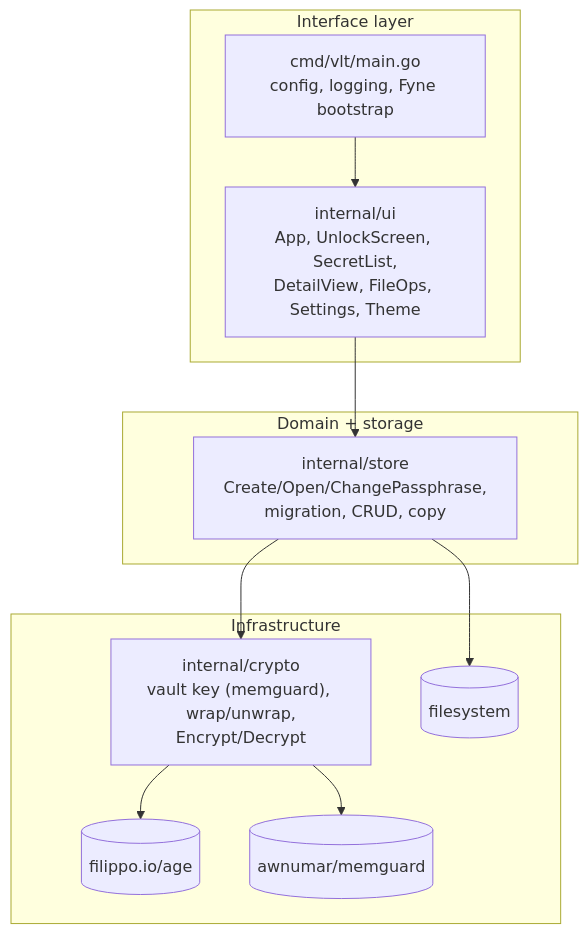
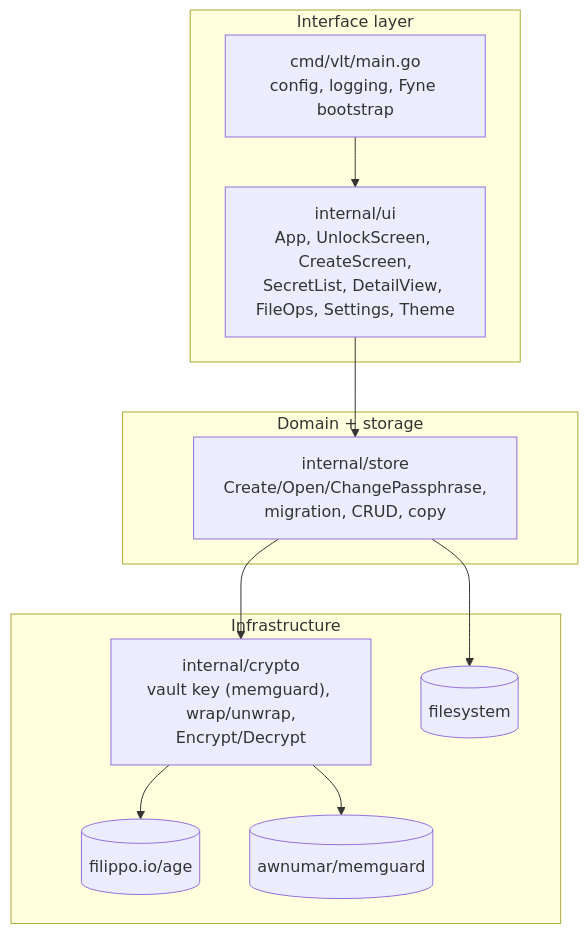
Before and after one commit to heyjdp/vlt: the first of 2 diagrams in vault-vlt/Architecture/Architecture Overview.md, drawn with Mermaid. The commit also changed other lines of this file and 13 other files, not shown here.

First line of the commit message:
feat(ui): open an existing vault from the create screen (F17)

````diff
--- a/vault-vlt/Architecture/Architecture Overview.md
+++ b/vault-vlt/Architecture/Architecture Overview.md
@@ -14,23 +14,23 @@
 ```mermaid
 graph TD
     subgraph Interface["Interface layer"]
         main["cmd/vlt/main.go<br/>config, logging, Fyne bootstrap"]
-        ui["internal/ui<br/>App, UnlockScreen, SecretList,<br/>DetailView, FileOps, Settings, Theme"]
+        ui["internal/ui<br/>App, UnlockScreen, CreateScreen,<br/>SecretList, DetailView, FileOps, Settings, Theme"]
     end
     subgraph Domain["Domain + storage"]
         store["internal/store<br/>Create/Open/ChangePassphrase,<br/>migration, CRUD, copy"]
     end
     subgraph Infra["Infrastructure"]
         crypto["internal/crypto<br/>vault key (memguard), wrap/unwrap,<br/>Encrypt/Decrypt"]
         age[(filippo.io/age)]
         mg[(awnumar/memguard)]
         fs[(filesystem)]
     end
 
     main --> ui
     ui --> store
     store --> crypto
     store --> fs
     crypto --> age
     crypto --> mg
 ```
````
